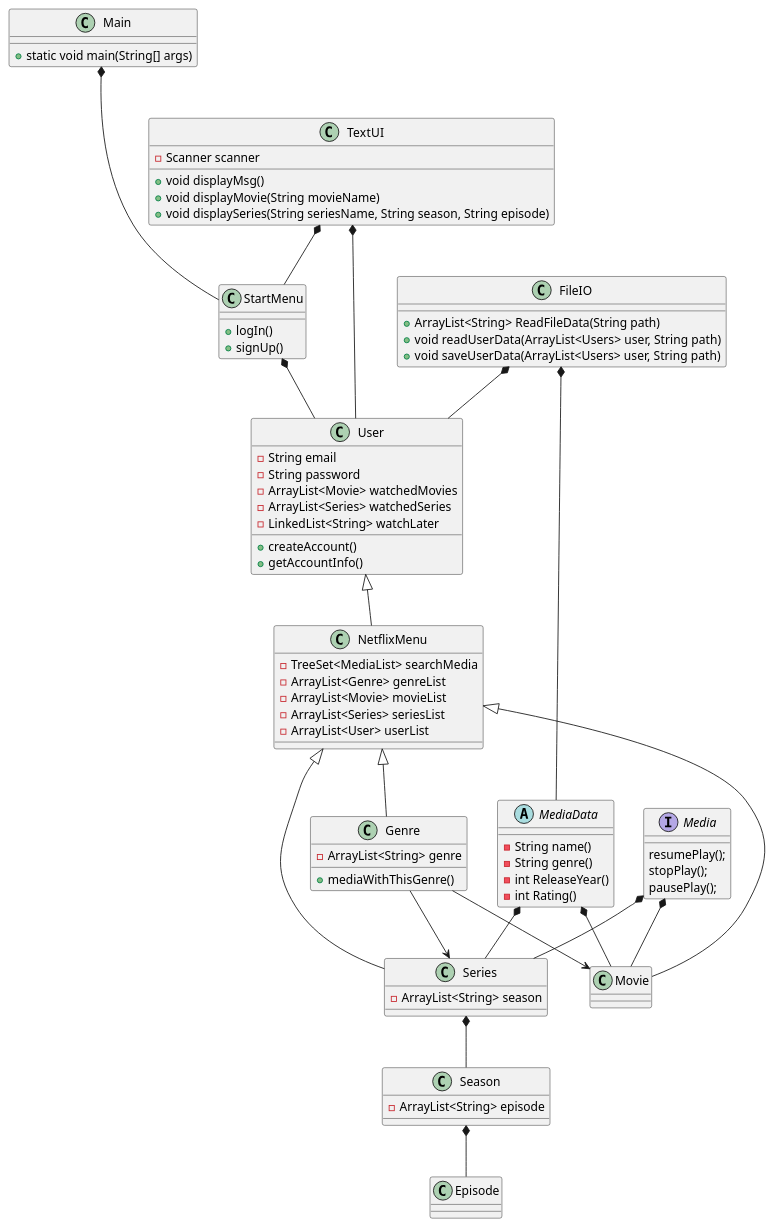
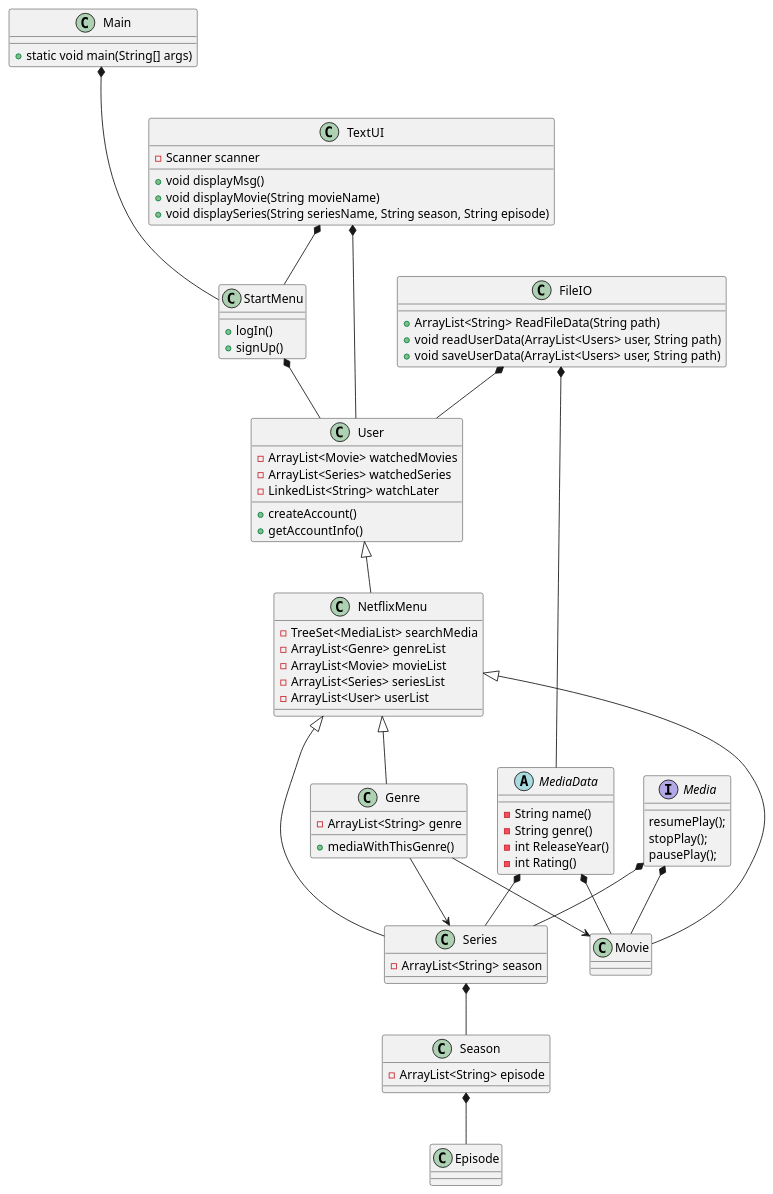
The diagram in Diagrams/SP3.puml (AerrowV/SP3_Netflix), drawn with PlantUML before and after one commit.

Commit message:
Current version

```diff
--- a/Diagrams/SP3.puml
+++ b/Diagrams/SP3.puml
@@ -1,99 +1,97 @@
 @startuml
 'https://plantuml.com/class-diagram
 
 class Main{
 + static void main(String[] args)
 }
 
 class StartMenu {
 + logIn()
 + signUp()
 }
 
 class User {
-- String email
-- String password
 - ArrayList<Movie> watchedMovies
 - ArrayList<Series> watchedSeries
 - LinkedList<String> watchLater
 + createAccount()
 + getAccountInfo()
 }
 
 class FileIO {
 + ArrayList<String> ReadFileData(String path)
 + void readUserData(ArrayList<Users> user, String path)
 + void saveUserData(ArrayList<Users> user, String path)
 }
 
 interface Media {
 resumePlay();
 stopPlay();
 pausePlay();
 
 }
 abstract MediaData{
 - String name()
 - String genre()
 - int ReleaseYear()
 - int Rating()
 
 
 }
 
 class NetflixMenu {
 - TreeSet<MediaList> searchMedia
 - ArrayList<Genre> genreList
 - ArrayList<Movie> movieList
 - ArrayList<Series> seriesList
 - ArrayList<User> userList
 
 }
 
 class Movie {
 }
 
 class Genre {
 - ArrayList<String> genre
 + mediaWithThisGenre()
 }
 
 class Series {
 - ArrayList<String> season
 }
 
 class Season {
 - ArrayList<String> episode
 }
 
 class Episode {
 
 }
 
 class TextUI {
 - Scanner scanner
 + void displayMsg()
 + void displayMovie(String movieName)
 + void displaySeries(String seriesName, String season, String episode)
 }
 
 Main *--- StartMenu
 StartMenu *-- User
 User <|-- NetflixMenu
 NetflixMenu <|-- Movie
 NetflixMenu <|-- Series
 NetflixMenu <|-- Genre
 Genre --> Movie
 Genre --> Series
 Series *-- Season
 Season *-- Episode
 Media *-- Movie
 Media *-- Series
 FileIO *-- User
 TextUI *-- User
 TextUI *-- StartMenu
 MediaData *-- Movie
 MediaData *-- Series
 FileIO *-- MediaData
 
 @enduml
```
